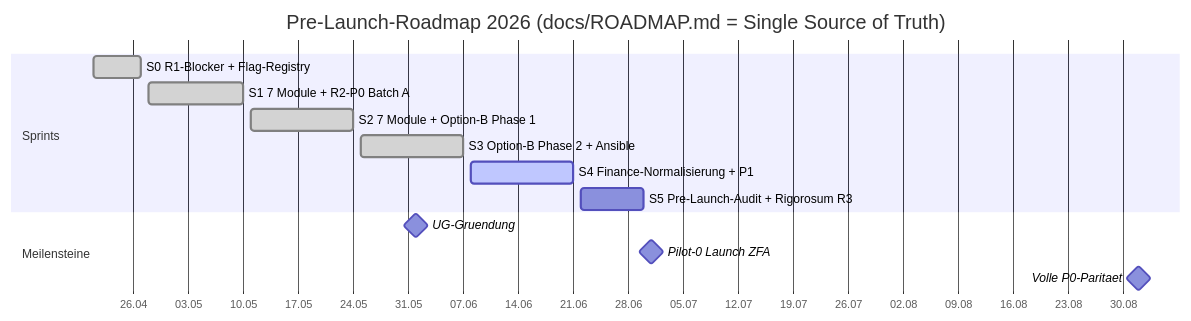
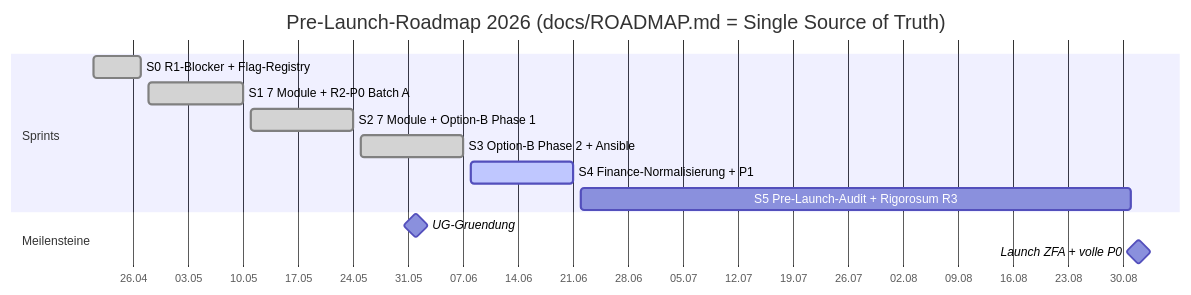
The second of 8 diagrams in .planning/status-overview.md (Lukes-Git-Beginning/KMU-Hub), drawn with Mermaid before and after one commit. The commit also changed other lines of this file and 12 other files, not shown here.

````diff
--- a/.planning/status-overview.md
+++ b/.planning/status-overview.md
@@ -69,17 +69,16 @@
 ```mermaid
 gantt
     title Pre-Launch-Roadmap 2026 (docs/ROADMAP.md = Single Source of Truth)
     dateFormat YYYY-MM-DD
     axisFormat %d.%m
     section Sprints
     S0 R1-Blocker + Flag-Registry      :done,   s0, 2026-04-21, 2026-04-27
     S1 7 Module + R2-P0 Batch A         :done,   s1, 2026-04-28, 2026-05-10
     S2 7 Module + Option-B Phase 1      :done,   s2, 2026-05-11, 2026-05-24
     S3 Option-B Phase 2 + Ansible       :done,   s3, 2026-05-25, 2026-06-07
     S4 Finance-Normalisierung + P1      :active, s4, 2026-06-08, 2026-06-21
-    S5 Pre-Launch-Audit + Rigorosum R3  :        s5, 2026-06-22, 2026-06-30
+    S5 Pre-Launch-Audit + Rigorosum R3  :        s5, 2026-06-22, 2026-08-31
     section Meilensteine
     UG-Gruendung           :milestone, m1, 2026-06-01, 0d
-    Pilot-0 Launch ZFA     :milestone, m2, 2026-07-01, 0d
-    Volle P0-Paritaet      :milestone, m3, 2026-09-01, 0d
+    Launch ZFA + volle P0  :milestone, m2, 2026-09-01, 0d
 ```
````
